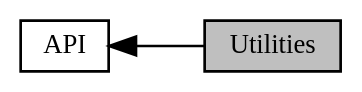
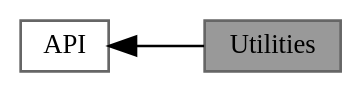
Before and after one commit to evjeesm/vector: the diagram in docs/group__Utilities.dot, drawn with Graphviz. The commit also changed 166 other files, not shown here.

```diff
--- a/docs/group__Utilities.dot
+++ b/docs/group__Utilities.dot
@@ -1,10 +1,12 @@
 digraph "Utilities"
 {
+ // INTERACTIVE_SVG=YES
+ // LATEX_PDF_SIZE
   bgcolor="transparent";
-  edge [fontname="Mononoki",fontsize="10",labelfontname="Mononoki",labelfontsize="10"];
-  node [fontname="Mononoki",fontsize="10",shape=box];
+  edge [fontname=Mononoki,fontsize=10,labelfontname=Mononoki,labelfontsize=10];
+  node [fontname=Mononoki,fontsize=10,shape=box,height=0.2,width=0.4];
   rankdir=LR;
-  Node1 [label="Utilities",height=0.2,width=0.4,color="black", fillcolor="grey75", style="filled", fontcolor="black",tooltip="Commonly used internally and by inherited classes."];
-  Node2 [label="API",height=0.2,width=0.4,color="black",URL="$group__Vector.html",tooltip="Main vectors methods."];
+  Node1 [id="Node000001",label="Utilities",height=0.2,width=0.4,color="gray40", fillcolor="grey60", style="filled", fontcolor="black",tooltip="Commonly used internally and by inherited classes."];
+  Node2 [id="Node000002",label="API",height=0.2,width=0.4,color="grey40", fillcolor="white", style="filled",URL="$group__Vector.html",tooltip="Main vectors methods."];
   Node2->Node1 [shape=plaintext, dir="back", style="solid"];
 }
```
